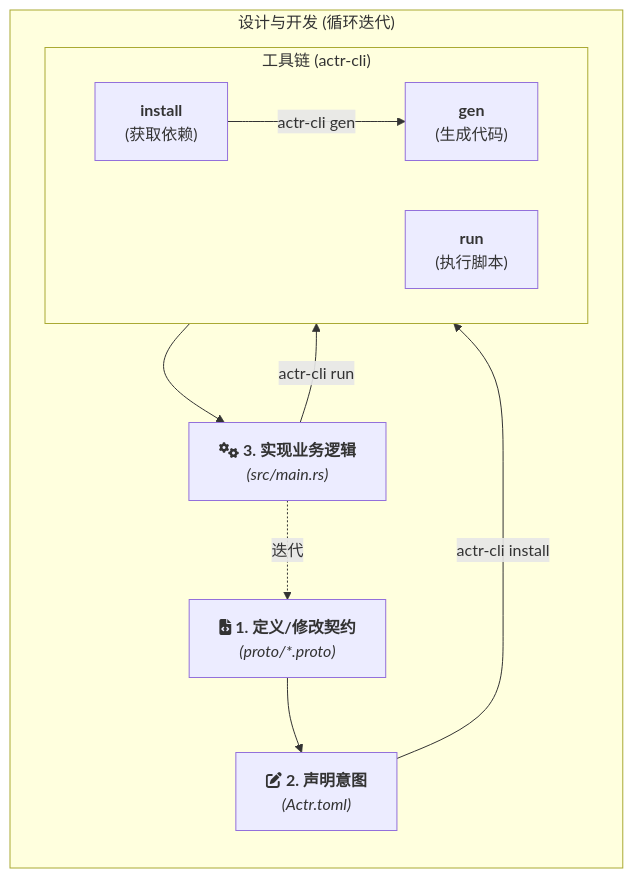
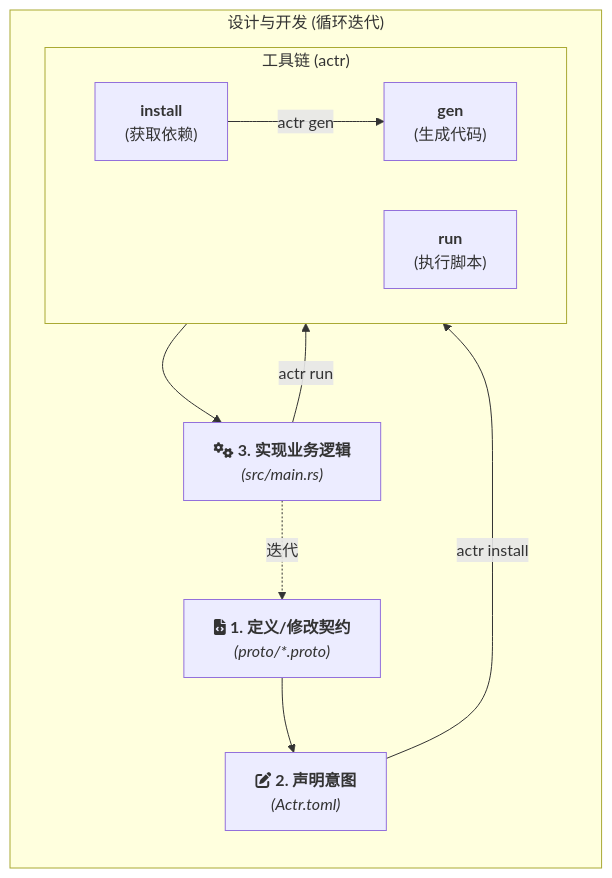
One commit to actor-rtc/actor-rtc.github.io changed the diagram in zh-hans/2-developer-guide.zh.md. Above: the diagram before and after it, drawn with Mermaid. The commit also changed other lines of this file and 12 other files, not shown here.

Commit message:
docs: replace actr-cli command references with actr

````diff
--- a/zh-hans/2-developer-guide.zh.md
+++ b/zh-hans/2-developer-guide.zh.md
@@ -17,25 +17,25 @@
 ```mermaid
 graph TB
     subgraph "设计与开发 (循环迭代)"
         direction TB
 
         A["fa:fa-file-code <b>1. 定义/修改契约</b><br/><i>(proto/*.proto)</i>"]
         B["fa:fa-edit <b>2. 声明意图</b><br/><i>(Actr.toml)</i>"]
         C["fa:fa-cogs <b>3. 实现业务逻辑</b><br/><i>(src/main.rs)</i>"]
         
-        subgraph "工具链 (actr-cli)"
+        subgraph "工具链 (actr)"
             direction LR
             Install["<b>install</b><br/>(获取依赖)"]
             Gen["<b>gen</b><br/>(生成代码)"]
             Run["<b>run</b><br/>(执行脚本)"]
         end
     end
     
     A --> B
-    B -- "actr-cli install" --> Install
-    Install -- "actr-cli gen" --> Gen
+    B -- "actr install" --> Install
+    Install -- "actr gen" --> Gen
     Gen --> C
-    C -- "actr-cli run" --> Run
+    C -- "actr run" --> Run
     
     C -.->|迭代| A
 ```
````
